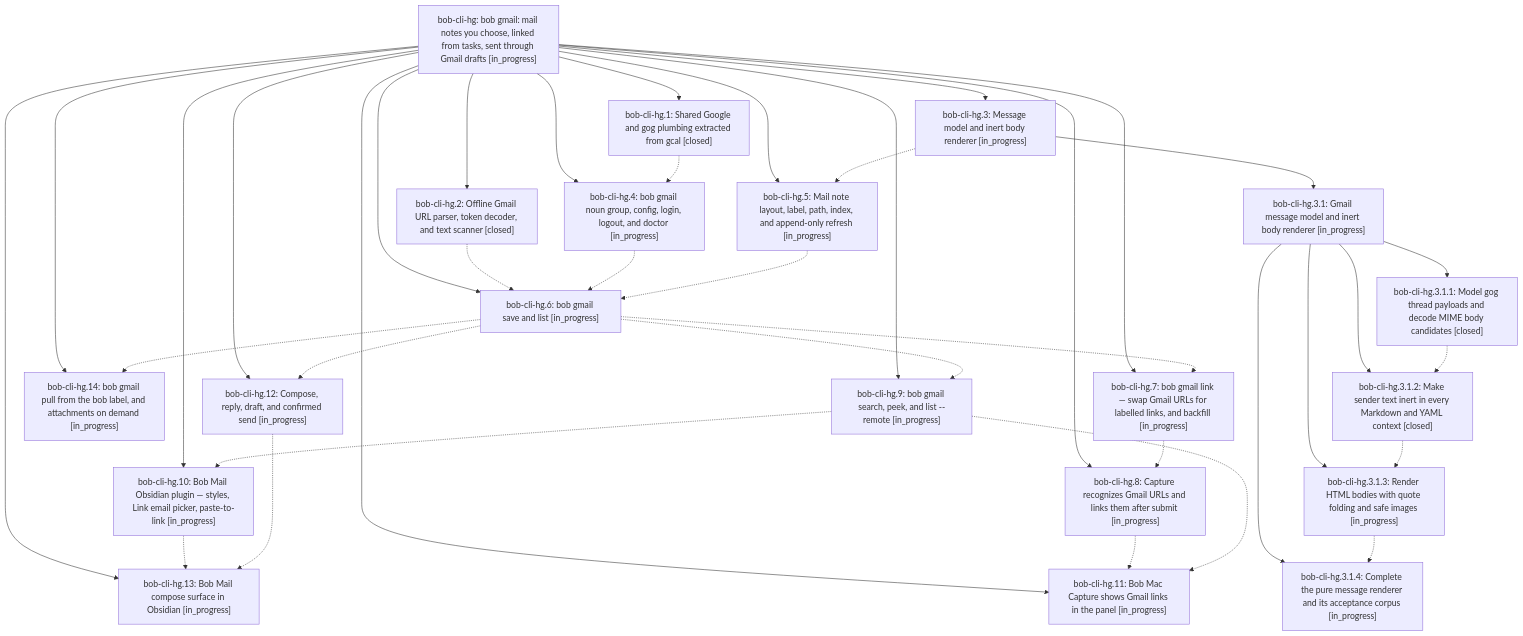
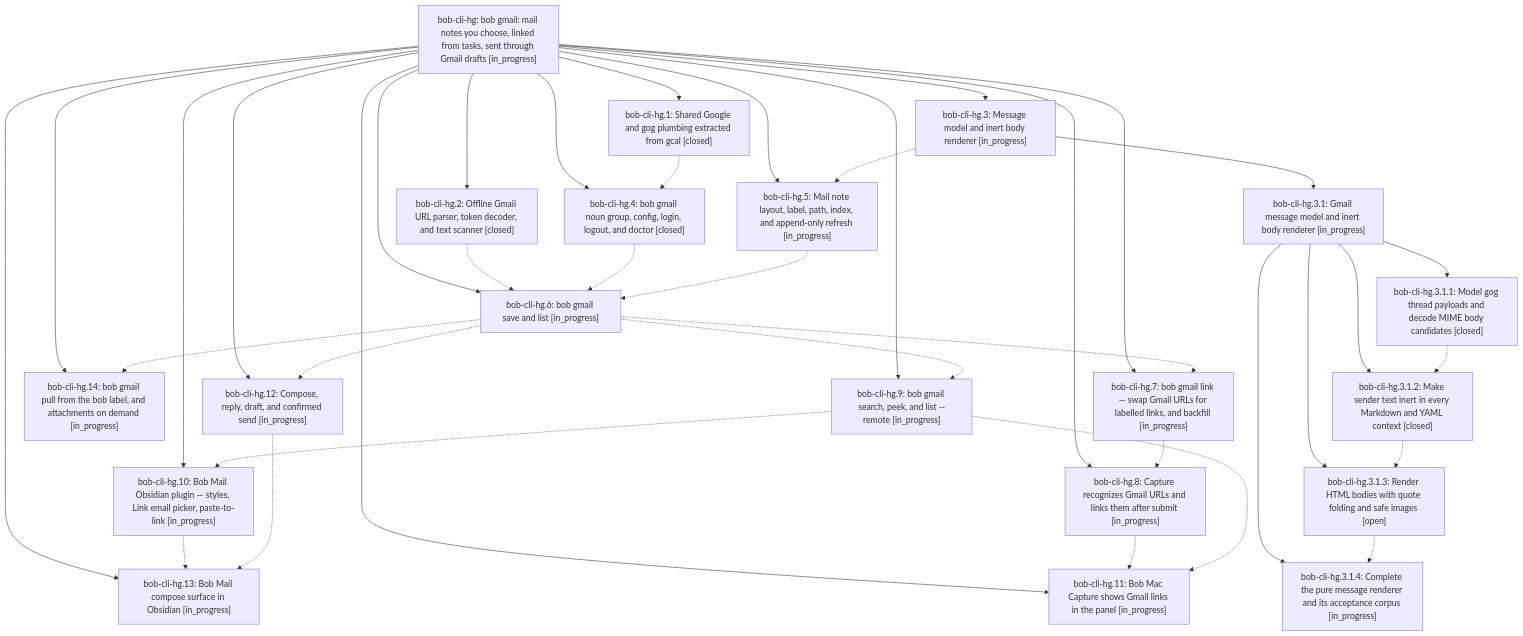
One commit to bobs-org/bob-cli--beads changed the diagram in pages/bob-cli-hg/README.md. Above: the diagram before and after it, drawn with Mermaid. The commit also changed other lines of this file and 8 other files, not shown here.

First line of the commit message:
chore(beads): sync bead state and pages for bob-cli-hg

````diff
--- a/pages/bob-cli-hg/README.md
+++ b/pages/bob-cli-hg/README.md
@@ -53,60 +53,60 @@
 ```mermaid
 flowchart TD
     n0["bob-cli-hg: bob gmail: mail notes you choose, linked from tasks, sent through Gmail drafts [in_progress]"]
     n1["bob-cli-hg.1: Shared Google and gog plumbing extracted from gcal [closed]"]
     n2["bob-cli-hg.10: Bob Mail Obsidian plugin — styles, Link email picker, paste-to-link [in_progress]"]
     n3["bob-cli-hg.11: Bob Mac Capture shows Gmail links in the panel [in_progress]"]
     n4["bob-cli-hg.12: Compose, reply, draft, and confirmed send [in_progress]"]
     n5["bob-cli-hg.13: Bob Mail compose surface in Obsidian [in_progress]"]
     n6["bob-cli-hg.14: bob gmail pull from the bob label, and attachments on demand [in_progress]"]
     n7["bob-cli-hg.2: Offline Gmail URL parser, token decoder, and text scanner [closed]"]
     n8["bob-cli-hg.3: Message model and inert body renderer [in_progress]"]
     n9["bob-cli-hg.3.1: Gmail message model and inert body renderer [in_progress]"]
     n10["bob-cli-hg.3.1.1: Model gog thread payloads and decode MIME body candidates [closed]"]
     n11["bob-cli-hg.3.1.2: Make sender text inert in every Markdown and YAML context [closed]"]
-    n12["bob-cli-hg.3.1.3: Render HTML bodies with quote folding and safe images [in_progress]"]
+    n12["bob-cli-hg.3.1.3: Render HTML bodies with quote folding and safe images [open]"]
     n13["bob-cli-hg.3.1.4: Complete the pure message renderer and its acceptance corpus [in_progress]"]
-    n14["bob-cli-hg.4: bob gmail noun group, config, login, logout, and doctor [in_progress]"]
+    n14["bob-cli-hg.4: bob gmail noun group, config, login, logout, and doctor [closed]"]
     n15["bob-cli-hg.5: Mail note layout, label, path, index, and append-only refresh [in_progress]"]
     n16["bob-cli-hg.6: bob gmail save and list [in_progress]"]
     n17["bob-cli-hg.7: bob gmail link — swap Gmail URLs for labelled links, and backfill [in_progress]"]
     n18["bob-cli-hg.8: Capture recognizes Gmail URLs and links them after submit [in_progress]"]
     n19["bob-cli-hg.9: bob gmail search, peek, and list --remote [in_progress]"]
     n0 --> n1
     n0 --> n2
     n0 --> n3
     n0 --> n4
     n0 --> n5
     n0 --> n6
     n0 --> n7
     n0 --> n8
     n8 --> n9
     n9 --> n10
     n9 --> n11
     n9 --> n12
     n9 --> n13
     n0 --> n14
     n0 --> n15
     n0 --> n16
     n0 --> n17
     n0 --> n18
     n0 --> n19
     n1 -.-> n14
     n2 -.-> n5
     n4 -.-> n5
     n7 -.-> n16
     n8 -.-> n15
     n10 -.-> n11
     n11 -.-> n12
     n12 -.-> n13
     n14 -.-> n16
     n15 -.-> n16
     n16 -.-> n4
     n16 -.-> n6
     n16 -.-> n17
     n16 -.-> n19
     n17 -.-> n18
     n18 -.-> n3
     n19 -.-> n2
     n19 -.-> n3
 ```
````
